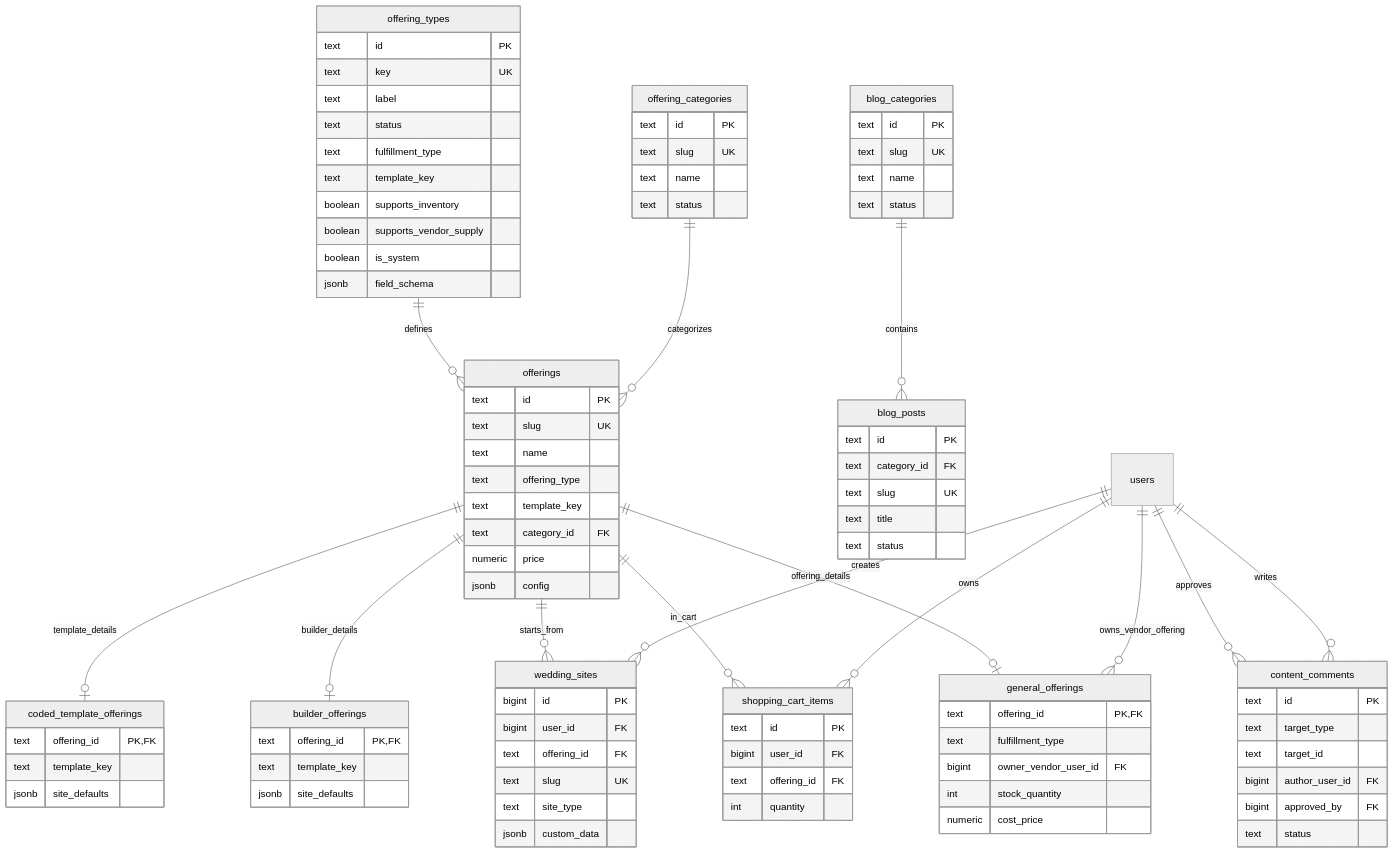
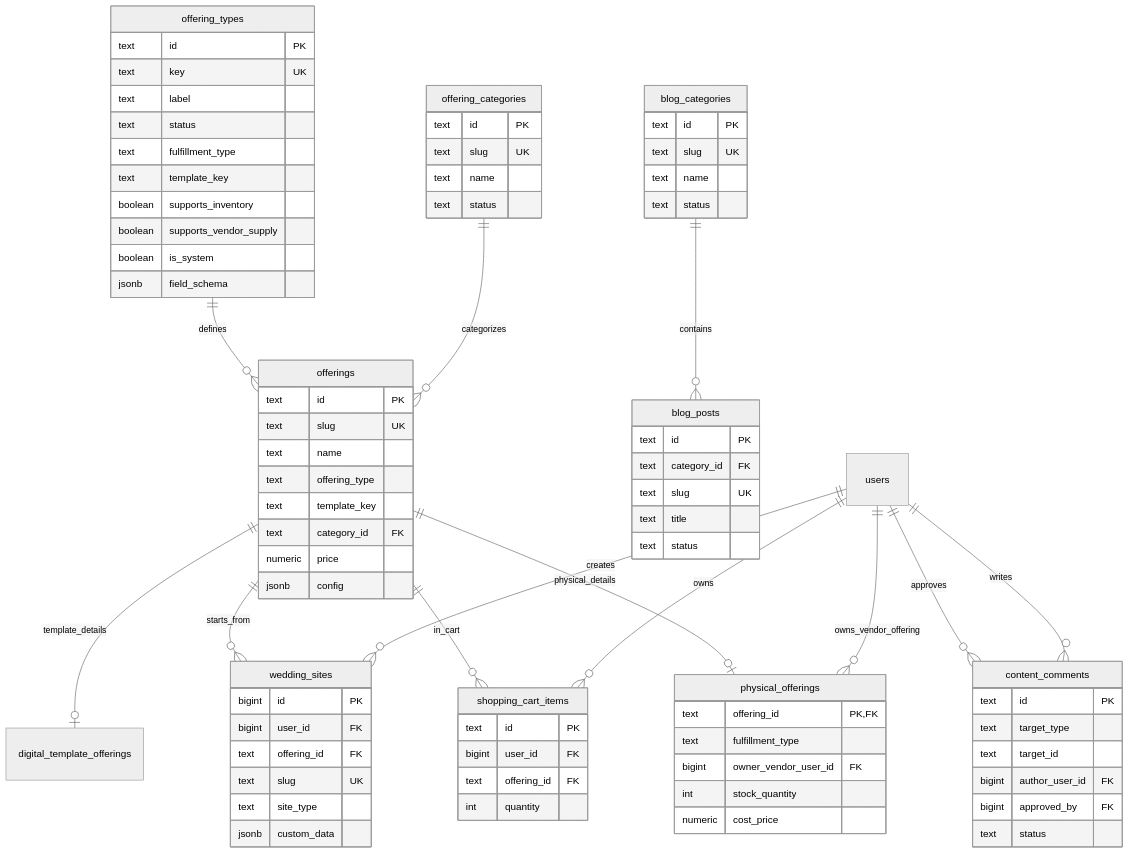
The sixth of 8 diagrams in docs/schema.md (hoangpham2263/pinklove), drawn with Mermaid (neutral theme) before and after one commit. The commit also changed other lines of this file and 64 other files, not shown here.

```diff
--- a/docs/schema.md
+++ b/docs/schema.md
@@ -520,19 +543,7 @@
     jsonb config
   }
 
-  coded_template_offerings {
-    text offering_id PK, FK
-    text template_key
-    jsonb site_defaults
-  }
-
-  builder_offerings {
-    text offering_id PK, FK
-    text template_key
-    jsonb site_defaults
-  }
-
-  general_offerings {
+  physical_offerings {
     text offering_id PK, FK
     text fulfillment_type
     bigint owner_vendor_user_id FK
@@ -584,13 +595,12 @@
   users ||--o{ shopping_cart_items : owns
   users ||--o{ content_comments : writes
   users ||--o{ content_comments : approves
-  users ||--o{ general_offerings : owns_vendor_offering
+  users ||--o{ physical_offerings : owns_vendor_offering
 
   offering_categories ||--o{ offerings : categorizes
   offering_types ||--o{ offerings : defines
-  offerings ||--o| coded_template_offerings : template_details
-  offerings ||--o| builder_offerings : builder_details
-  offerings ||--o| general_offerings : offering_details
+  offerings ||--o| digital_template_offerings : template_details
+  offerings ||--o| physical_offerings : physical_details
   offerings ||--o{ wedding_sites : starts_from
   offerings ||--o{ shopping_cart_items : in_cart
 
```
